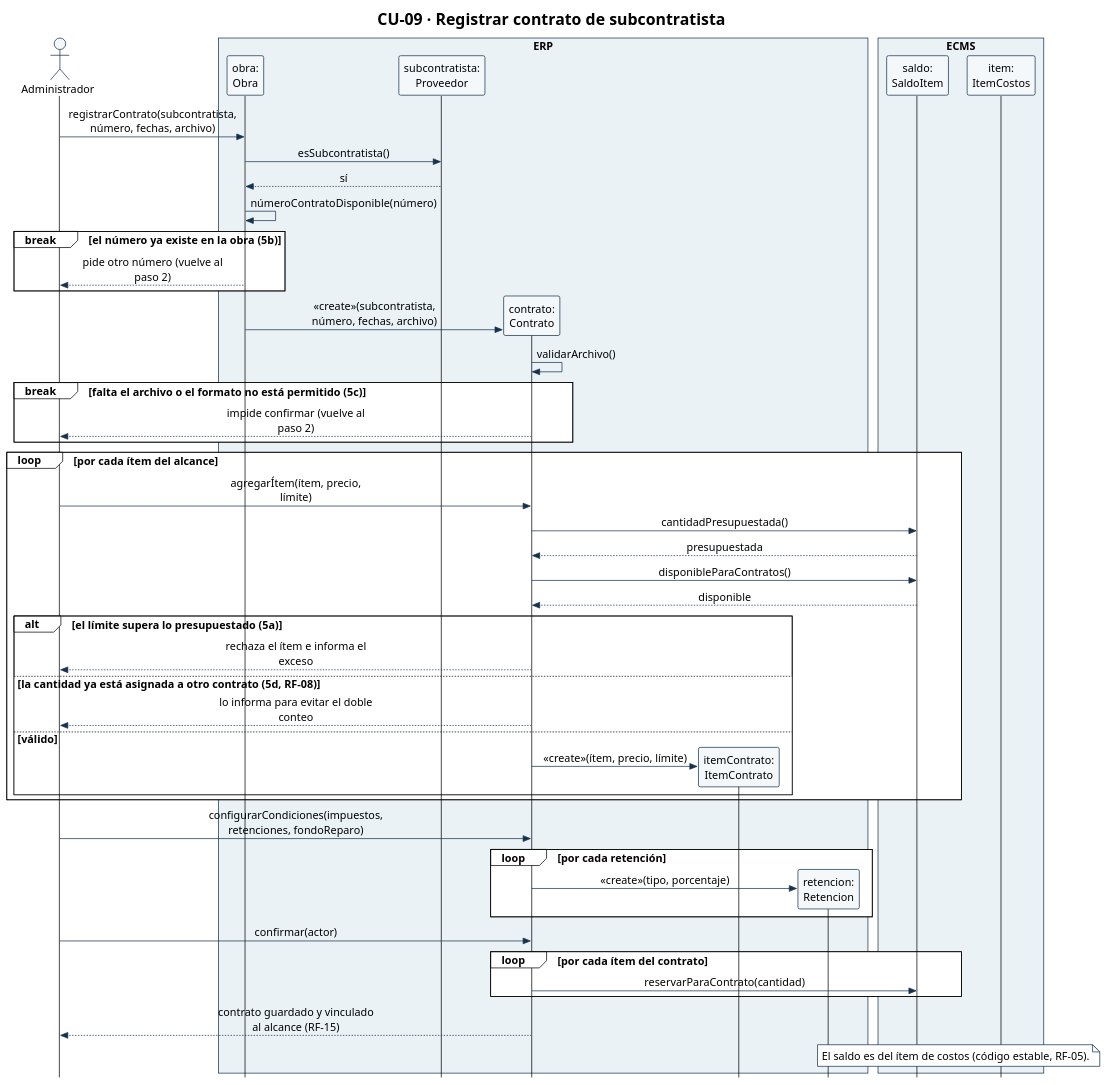
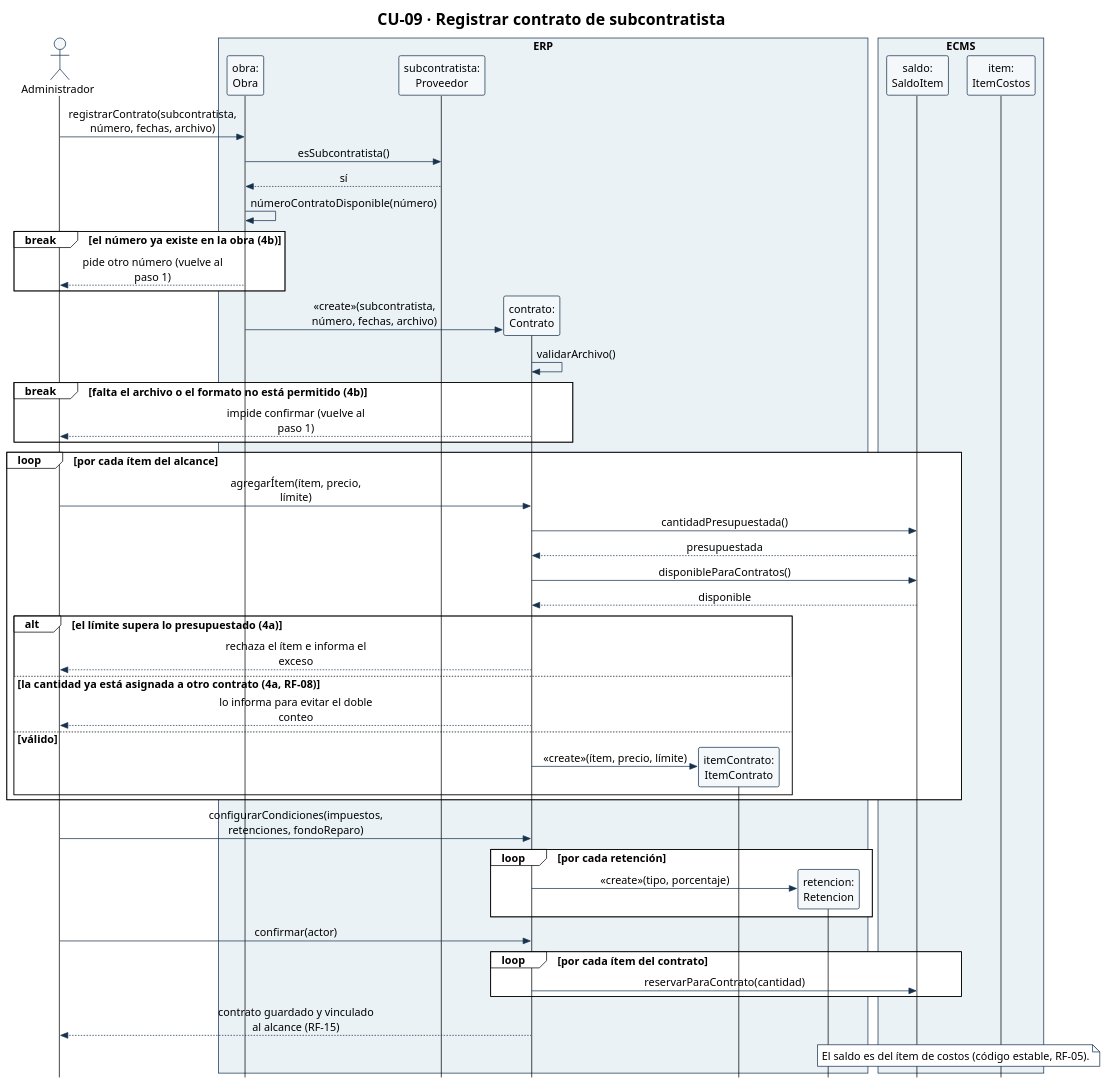
One commit to Ssrrb/tpf-uca changed the diagram in diagramas/CU-09-secuencia.puml. Above: the diagram before and after it, drawn with PlantUML. The commit also changed 12 other files, not shown here.

```diff
--- a/diagramas/CU-09-secuencia.puml
+++ b/diagramas/CU-09-secuencia.puml
@@ -1,77 +1,77 @@
 @startuml
 !theme plain
 skinparam style strictuml
 skinparam shadowing false
 skinparam defaultFontName Arial
 skinparam defaultFontSize 15
 skinparam sequenceMessageAlign center
 skinparam maxMessageSize 220
 skinparam ParticipantPadding 8
 skinparam BoxPadding 6
 skinparam ParticipantBackgroundColor #F5F8FA
 skinparam ParticipantBorderColor #17324D
 skinparam ActorBorderColor #17324D
 skinparam ActorBackgroundColor #F5F8FA
 skinparam ArrowColor #17324D
 skinparam SequenceBoxBorderColor #17324D
 skinparam note {
   BackgroundColor #FFFFFF
   BorderColor #17324D
 }
 hide footbox
 title CU-09 · Registrar contrato de subcontratista
 actor "Administrador" as Admin
 box "ERP" #EAF2F6
 participant "obra:\nObra" as Obra
 participant "subcontratista:\nProveedor" as Prov
 participant "contrato:\nContrato" as Con
 participant "itemContrato:\nItemContrato" as IC
 participant "retencion:\nRetencion" as Ret
 end box
 box "ECMS" #EAF2F6
 participant "saldo:\nSaldoItem" as Saldo
 participant "item:\nItemCostos" as Item
 end box
 
 Admin -> Obra: registrarContrato(subcontratista, número, fechas, archivo)
 Obra -> Prov: esSubcontratista()
 Prov --> Obra: sí
 Obra -> Obra: númeroContratoDisponible(número)
-break el número ya existe en la obra (5b)
-  Obra --> Admin: pide otro número (vuelve al paso 2)
+break el número ya existe en la obra (4b)
+  Obra --> Admin: pide otro número (vuelve al paso 1)
 end
 create Con
 Obra -> Con: «create»(subcontratista, número, fechas, archivo)
 Con -> Con: validarArchivo()
-break falta el archivo o el formato no está permitido (5c)
-  Con --> Admin: impide confirmar (vuelve al paso 2)
+break falta el archivo o el formato no está permitido (4b)
+  Con --> Admin: impide confirmar (vuelve al paso 1)
 end
 loop por cada ítem del alcance
   Admin -> Con: agregarÍtem(ítem, precio, límite)
   Con -> Saldo: cantidadPresupuestada()
   Saldo --> Con: presupuestada
   Con -> Saldo: disponibleParaContratos()
   Saldo --> Con: disponible
-  alt el límite supera lo presupuestado (5a)
+  alt el límite supera lo presupuestado (4a)
     Con --> Admin: rechaza el ítem e informa el exceso
-  else la cantidad ya está asignada a otro contrato (5d, RF-08)
+  else la cantidad ya está asignada a otro contrato (4a, RF-08)
     Con --> Admin: lo informa para evitar el doble conteo
   else válido
     create IC
     Con -> IC: «create»(ítem, precio, límite)
   end
 end
 Admin -> Con: configurarCondiciones(impuestos, retenciones, fondoReparo)
 loop por cada retención
   create Ret
   Con -> Ret: «create»(tipo, porcentaje)
 end
 Admin -> Con: confirmar(actor)
 loop por cada ítem del contrato
   Con -> Saldo: reservarParaContrato(cantidad)
 end
 Con --> Admin: contrato guardado y vinculado al alcance (RF-15)
 note over Item, Saldo
   El saldo es del ítem de costos (código estable, RF-05).
 end note
 @enduml
```
